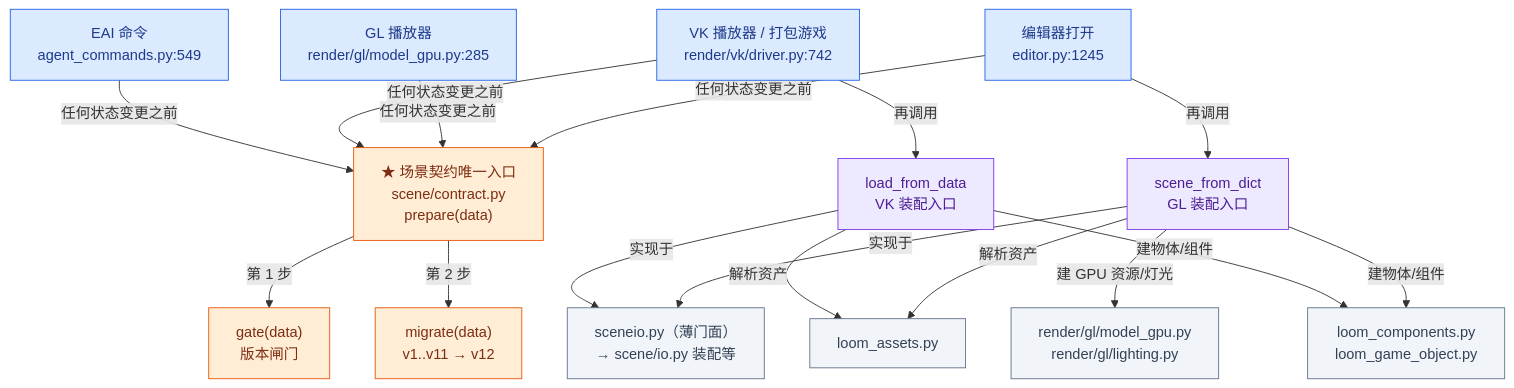
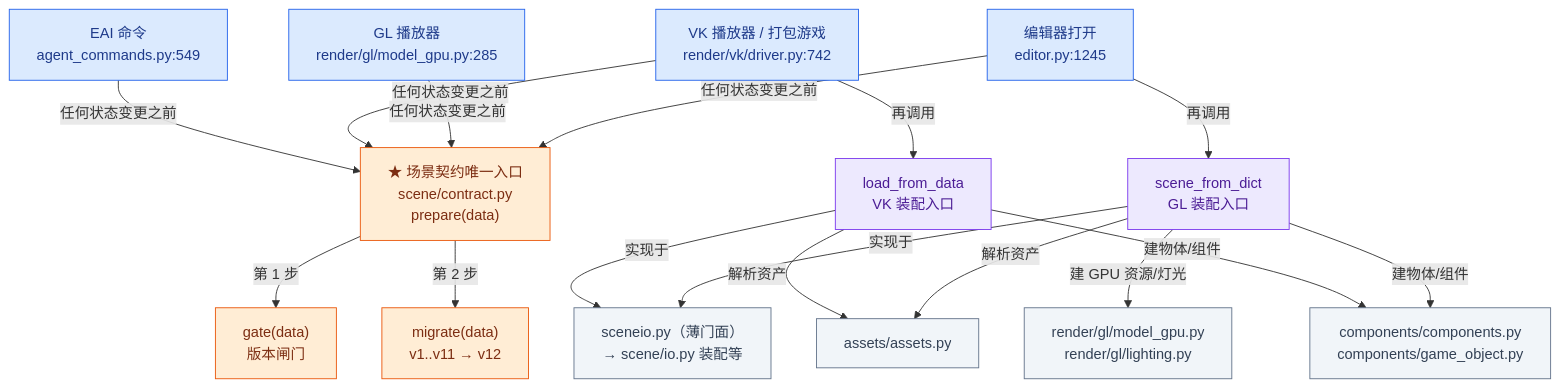
One commit to lhy302/WeaveEngine changed the fifth of 23 diagrams in ARCHITECTURE.md. Above: the diagram before and after it, drawn with Mermaid. The commit also changed other lines of this file and 102 other files, not shown here.

````diff
--- a/ARCHITECTURE.md
+++ b/ARCHITECTURE.md
@@ -257,35 +257,35 @@
 ```mermaid
 flowchart TB
   E1["编辑器打开<br/>editor.py:1245"]:::entry
   E2["GL 播放器<br/>render/gl/model_gpu.py:285"]:::entry
   E3["VK 播放器 / 打包游戏<br/>render/vk/driver.py:742"]:::entry
   E4["EAI 命令<br/>agent_commands.py:549"]:::entry
   C["★ 场景契约唯一入口<br/>scene/contract.py<br/>prepare(data)"]:::contract
   G1["gate(data)<br/>版本闸门"]:::contract
   G2["migrate(data)<br/>v1..v11 → v12"]:::contract
   A1["scene_from_dict<br/>GL 装配入口"]:::facade
   A2["load_from_data<br/>VK 装配入口"]:::facade
   F1["sceneio.py（薄门面）<br/>→ scene/io.py 装配等"]:::file
-  F2["loom_assets.py"]:::file
-  F3["loom_components.py<br/>loom_game_object.py"]:::file
+  F2["assets/assets.py"]:::file
+  F3["components/components.py<br/>components/game_object.py"]:::file
   F4["render/gl/model_gpu.py<br/>render/gl/lighting.py"]:::file
   E1 -->|任何状态变更之前| C
   E2 -->|任何状态变更之前| C
   E3 -->|任何状态变更之前| C
   E4 -->|任何状态变更之前| C
   C -->|第 1 步| G1
   C -->|第 2 步| G2
   E1 -->|再调用| A1
   E3 -->|再调用| A2
   A1 -->|实现于| F1
   A2 -->|实现于| F1
   A1 -->|解析资产| F2
   A2 -->|解析资产| F2
   A1 -->|建物体/组件| F3
   A1 -->|建 GPU 资源/灯光| F4
   A2 -->|建物体/组件| F3
   classDef entry fill:#dbeafe,stroke:#2563eb,color:#1e3a8a
   classDef facade fill:#ede9fe,stroke:#7c3aed,color:#4c1d95
   classDef contract fill:#ffedd5,stroke:#ea580c,color:#7c2d12
   classDef file fill:#f1f5f9,stroke:#64748b,color:#334155
 ```
````
